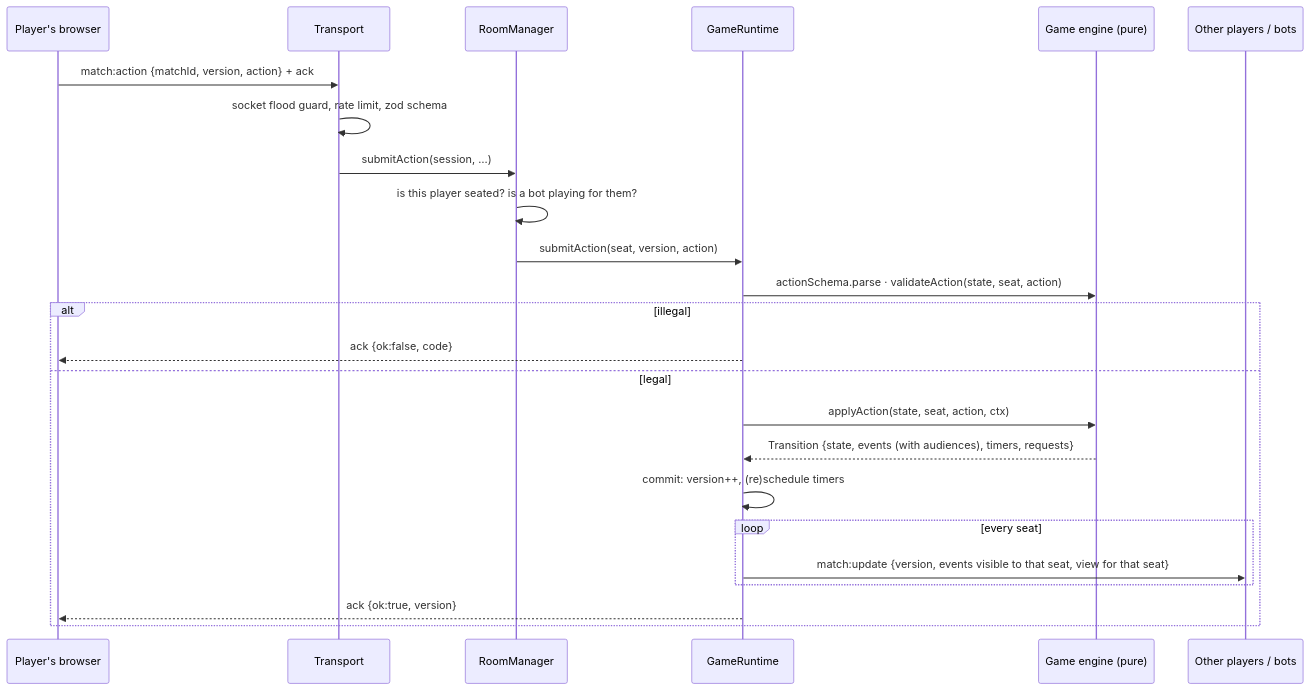
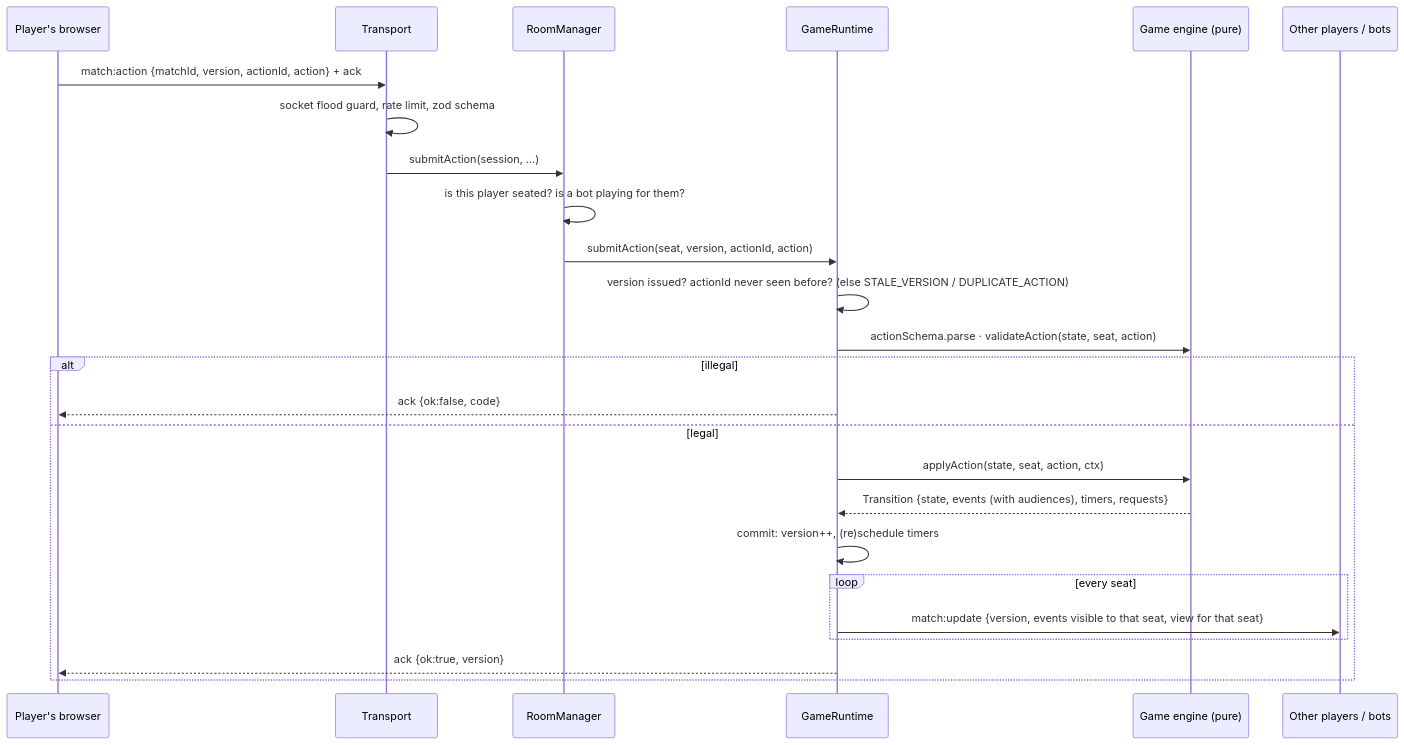
The second of 2 diagrams in docs/ARCHITECTURE.md (Archiit-jain/classroom-games), drawn with Mermaid before and after one commit. The commit also changed other lines of this file and 19 other files, not shown here.

````diff
--- a/docs/ARCHITECTURE.md
+++ b/docs/ARCHITECTURE.md
@@ -60,27 +62,28 @@
 ```mermaid
 sequenceDiagram
   participant P as Player's browser
   participant T as Transport
   participant R as RoomManager
   participant RT as GameRuntime
   participant E as Game engine (pure)
   participant O as Other players / bots
 
-  P->>T: match:action {matchId, version, action} + ack
+  P->>T: match:action {matchId, version, actionId, action} + ack
   T->>T: socket flood guard, rate limit, zod schema
   T->>R: submitAction(session, …)
   R->>R: is this player seated? is a bot playing for them?
-  R->>RT: submitAction(seat, version, action)
+  R->>RT: submitAction(seat, version, actionId, action)
+  RT->>RT: version issued? actionId never seen before? (else STALE_VERSION / DUPLICATE_ACTION)
   RT->>E: actionSchema.parse · validateAction(state, seat, action)
   alt illegal
     RT-->>P: ack {ok:false, code}
   else legal
     RT->>E: applyAction(state, seat, action, ctx)
     E-->>RT: Transition {state, events (with audiences), timers, requests}
     RT->>RT: commit: version++, (re)schedule timers
     loop every seat
       RT->>O: match:update {version, events visible to that seat, view for that seat}
     end
     RT-->>P: ack {ok:true, version}
   end
 ```
````
